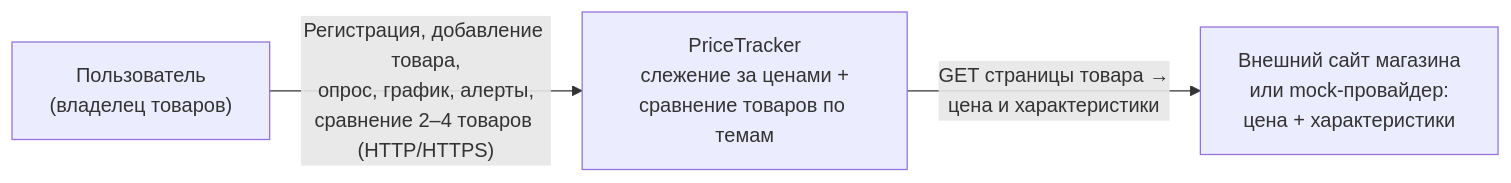
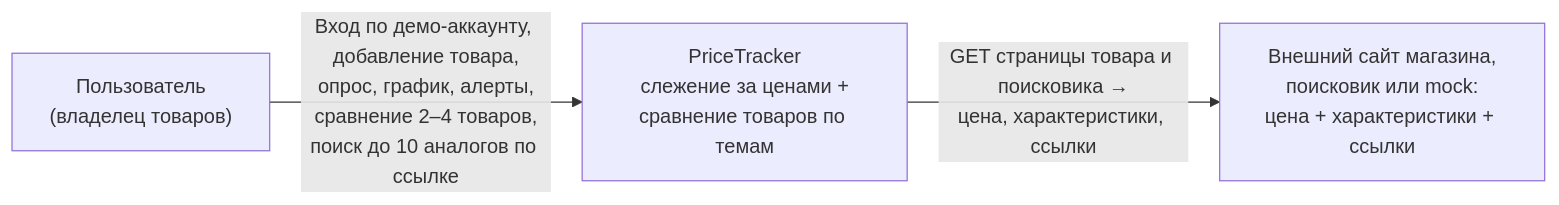
One commit to brawlat12344-ops/pricetracker changed the first of 4 diagrams in docs/c4.md. Above: the diagram before and after it, drawn with Mermaid. The commit also changed other lines of this file and 21 other files, not shown here.

````diff
--- a/docs/c4.md
+++ b/docs/c4.md
@@ -10,9 +10,9 @@
 ```mermaid
 flowchart LR
     U["Пользователь<br/>(владелец товаров)"]
     PT["PriceTracker<br/>слежение за ценами +<br/>сравнение товаров по темам"]
-    EXT["Внешний сайт магазина<br/>или mock-провайдер:<br/>цена + характеристики"]
+    EXT["Внешний сайт магазина,<br/>поисковик или mock:<br/>цена + характеристики + ссылки"]
 
-    U -->|"Регистрация, добавление товара,<br/>опрос, график, алерты,<br/>сравнение 2–4 товаров (HTTP/HTTPS)"| PT
-    PT -->|"GET страницы товара →<br/>цена и характеристики"| EXT
+    U -->|"Вход по демо-аккаунту, добавление товара,<br/>опрос, график, алерты,<br/>сравнение 2–4 товаров,<br/>поиск до 10 аналогов по ссылке"| PT
+    PT -->|"GET страницы товара и поисковика →<br/>цена, характеристики, ссылки"| EXT
 ```
````
